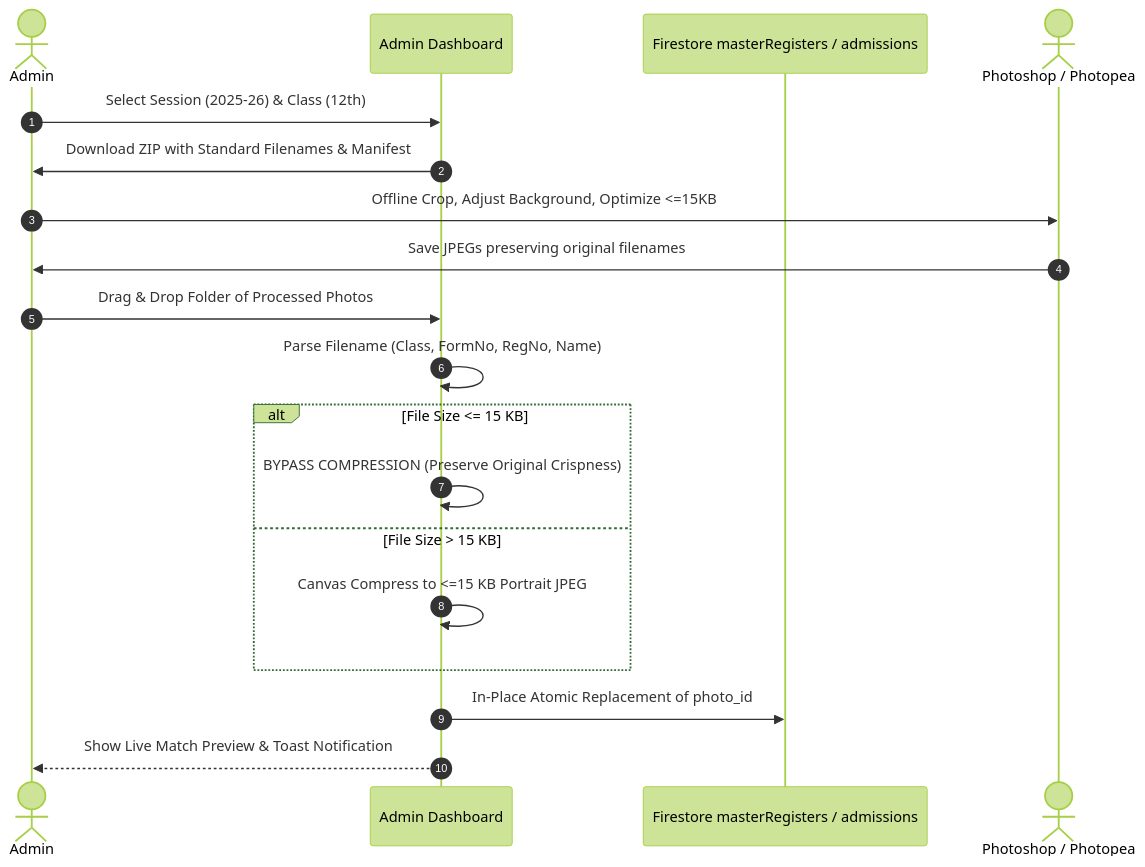
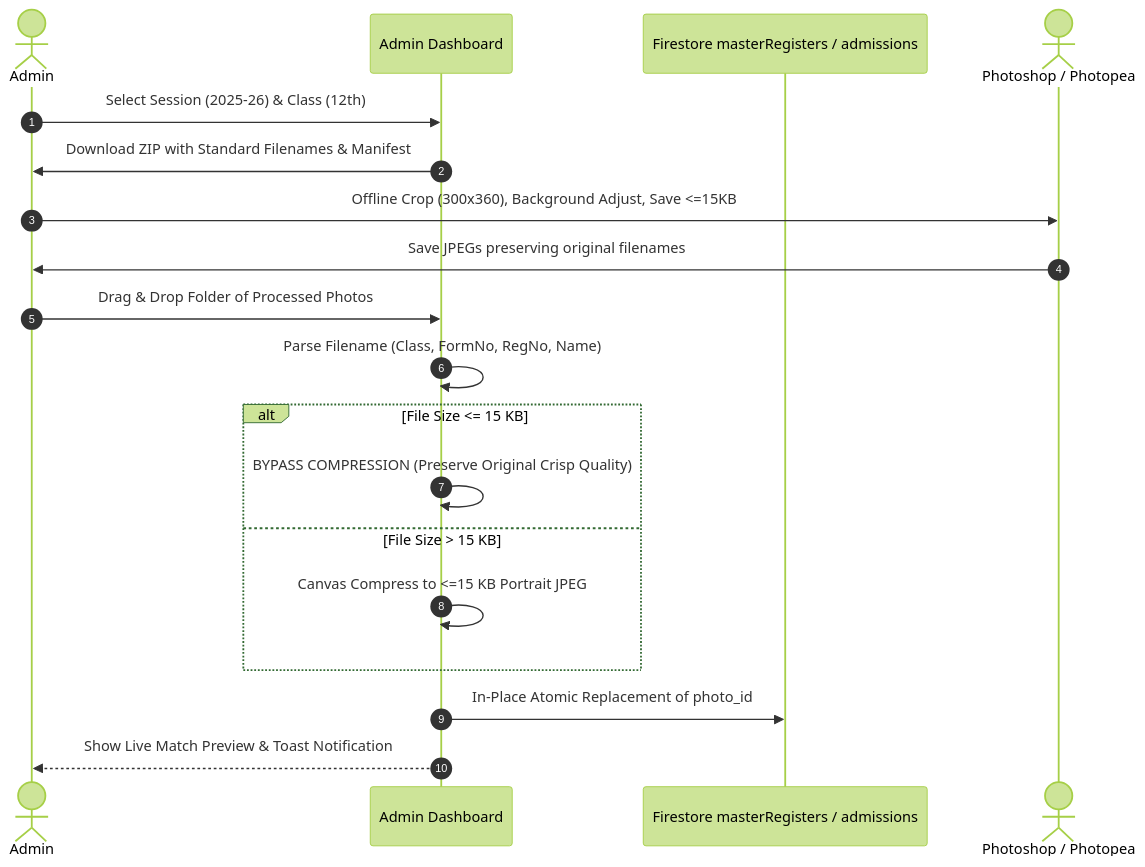
The second of 2 diagrams in docs/SESSION_ROLL_AND_PHOTO_PIPELINE_PLAN.md (admexamhssshangus-dot/hss.shangus_website), drawn with Mermaid (forest theme) before and after one commit. The commit also changed other lines of this file and 1 other file, not shown here.

Commit message:
fix(admin-tools): eliminate duplicate export controls in database backup tab and update session roll plan with pin 313313 and form-number matching

````diff
--- a/docs/SESSION_ROLL_AND_PHOTO_PIPELINE_PLAN.md
+++ b/docs/SESSION_ROLL_AND_PHOTO_PIPELINE_PLAN.md
@@ -133,22 +170,22 @@
 ```mermaid
 sequenceDiagram
     autonumber
     actor Admin
     participant UI as Admin Dashboard
     participant FS as Firestore masterRegisters / admissions
     actor Studio as Photoshop / Photopea
 
     Admin->>UI: Select Session (2025-26) & Class (12th)
     UI->>Admin: Download ZIP with Standard Filenames & Manifest
-    Admin->>Studio: Offline Crop, Adjust Background, Optimize <=15KB
+    Admin->>Studio: Offline Crop (300x360), Background Adjust, Save <=15KB
     Studio->>Admin: Save JPEGs preserving original filenames
     Admin->>UI: Drag & Drop Folder of Processed Photos
     UI->>UI: Parse Filename (Class, FormNo, RegNo, Name)
     alt File Size <= 15 KB
-        UI->>UI: BYPASS COMPRESSION (Preserve Original Crispness)
+        UI->>UI: BYPASS COMPRESSION (Preserve Original Crisp Quality)
     else File Size > 15 KB
         UI->>UI: Canvas Compress to <=15 KB Portrait JPEG
     end
     UI->>FS: In-Place Atomic Replacement of photo_id
     UI-->>Admin: Show Live Match Preview & Toast Notification
 ```
````
